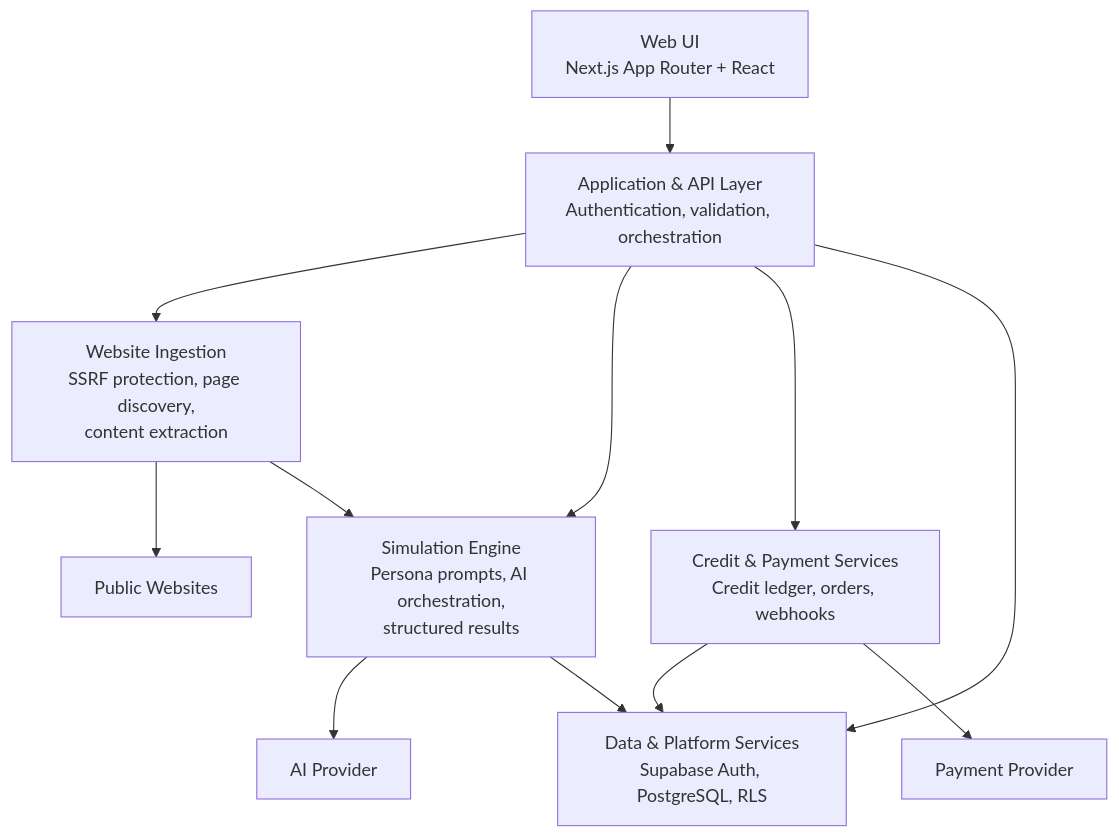
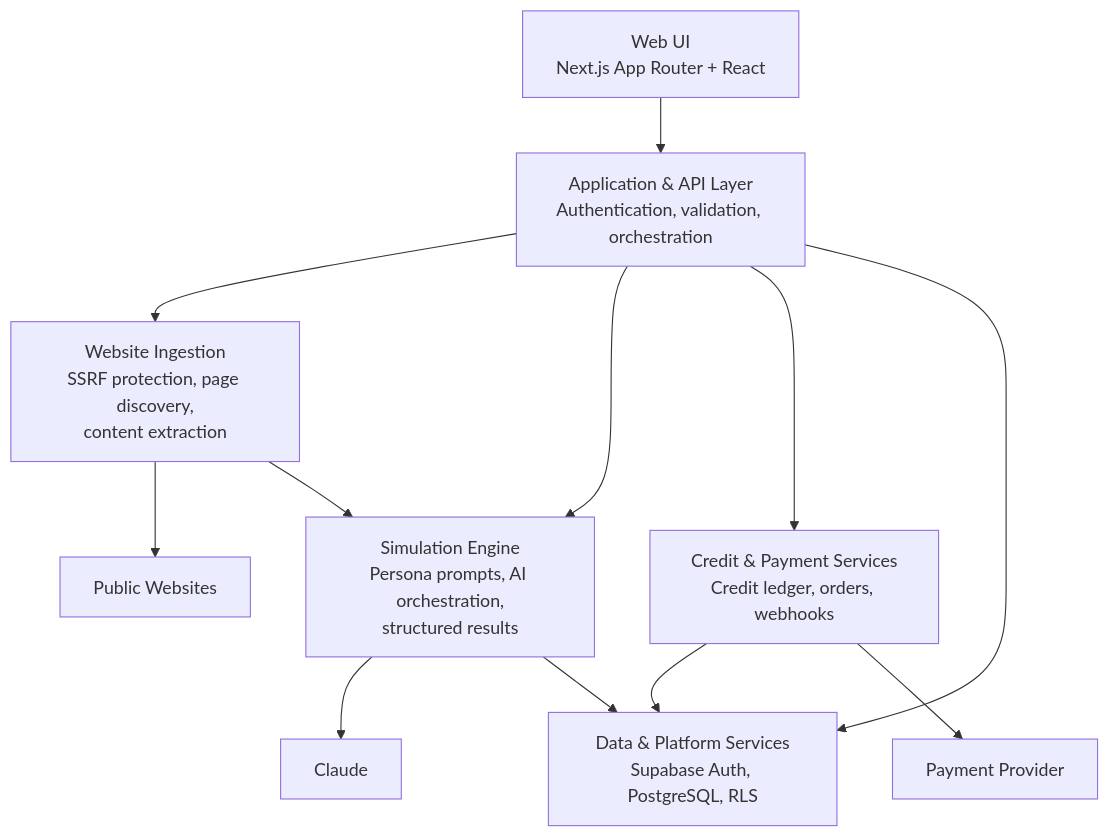
One commit to cascade-csd/shopr-public changed the first of 3 diagrams in README.md. Above: the diagram before and after it, drawn with Mermaid. The commit also changed other lines of this file, not shown here.

````diff
--- a/README.md
+++ b/README.md
@@ -7,24 +7,24 @@
 ```mermaid
 flowchart TD
     UI[Web UI<br/>Next.js App Router + React]
     API[Application & API Layer<br/>Authentication, validation, orchestration]
     INGEST[Website Ingestion<br/>SSRF protection, page discovery,<br/>content extraction]
     SIM[Simulation Engine<br/>Persona prompts, AI orchestration,<br/>structured results]
     DATA[Data & Platform Services<br/>Supabase Auth, PostgreSQL, RLS]
     CREDIT[Credit & Payment Services<br/>Credit ledger, orders, webhooks]
-    AI[AI Provider]
+    AI[Claude]
     WEB[Public Websites]
     PAY[Payment Provider]
 
     UI --> API
     API --> INGEST
     API --> SIM
     API --> CREDIT
     INGEST --> WEB
     INGEST --> SIM
     SIM --> AI
     API --> DATA
     SIM --> DATA
     CREDIT --> DATA
     CREDIT --> PAY
 ```
````
